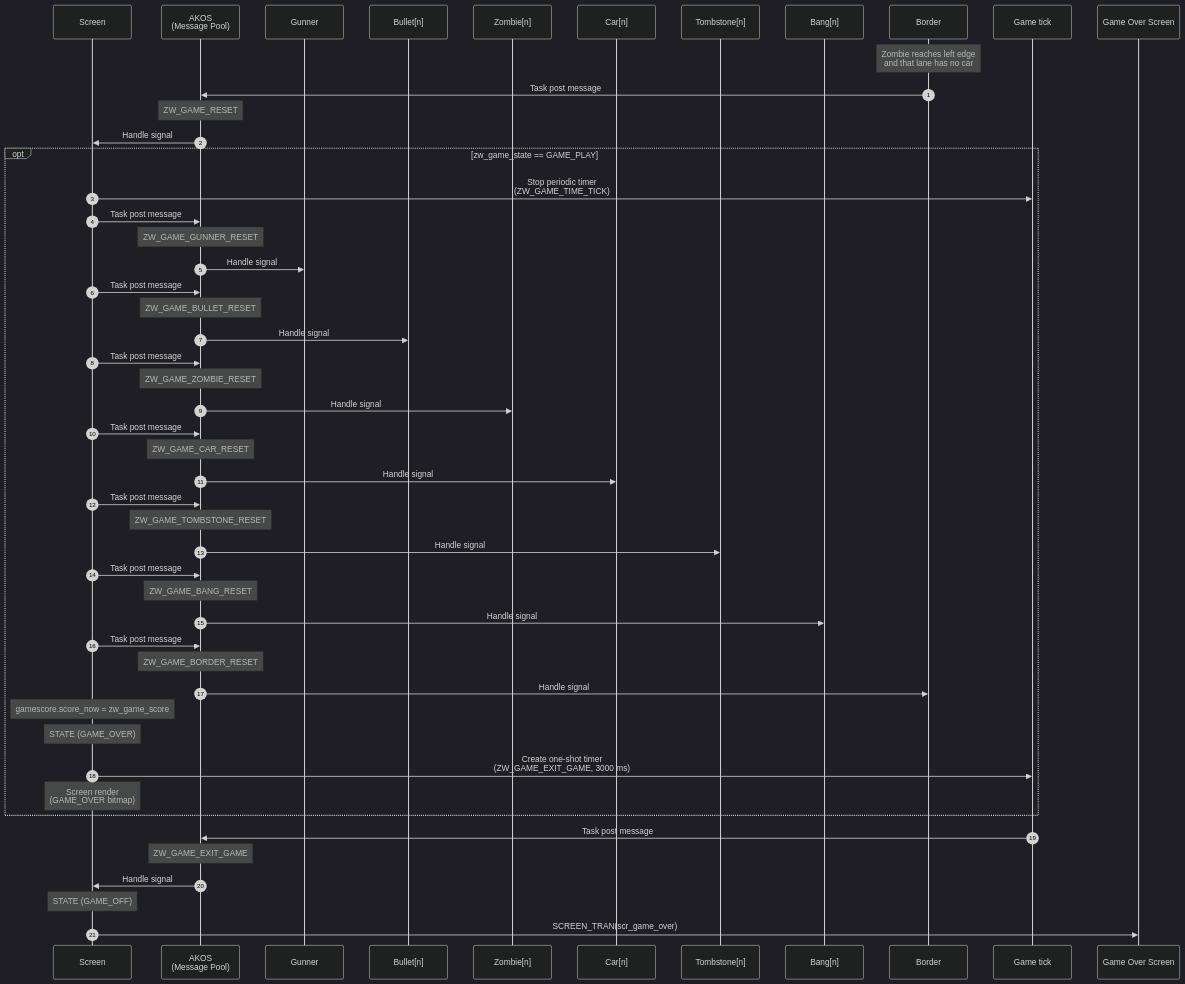
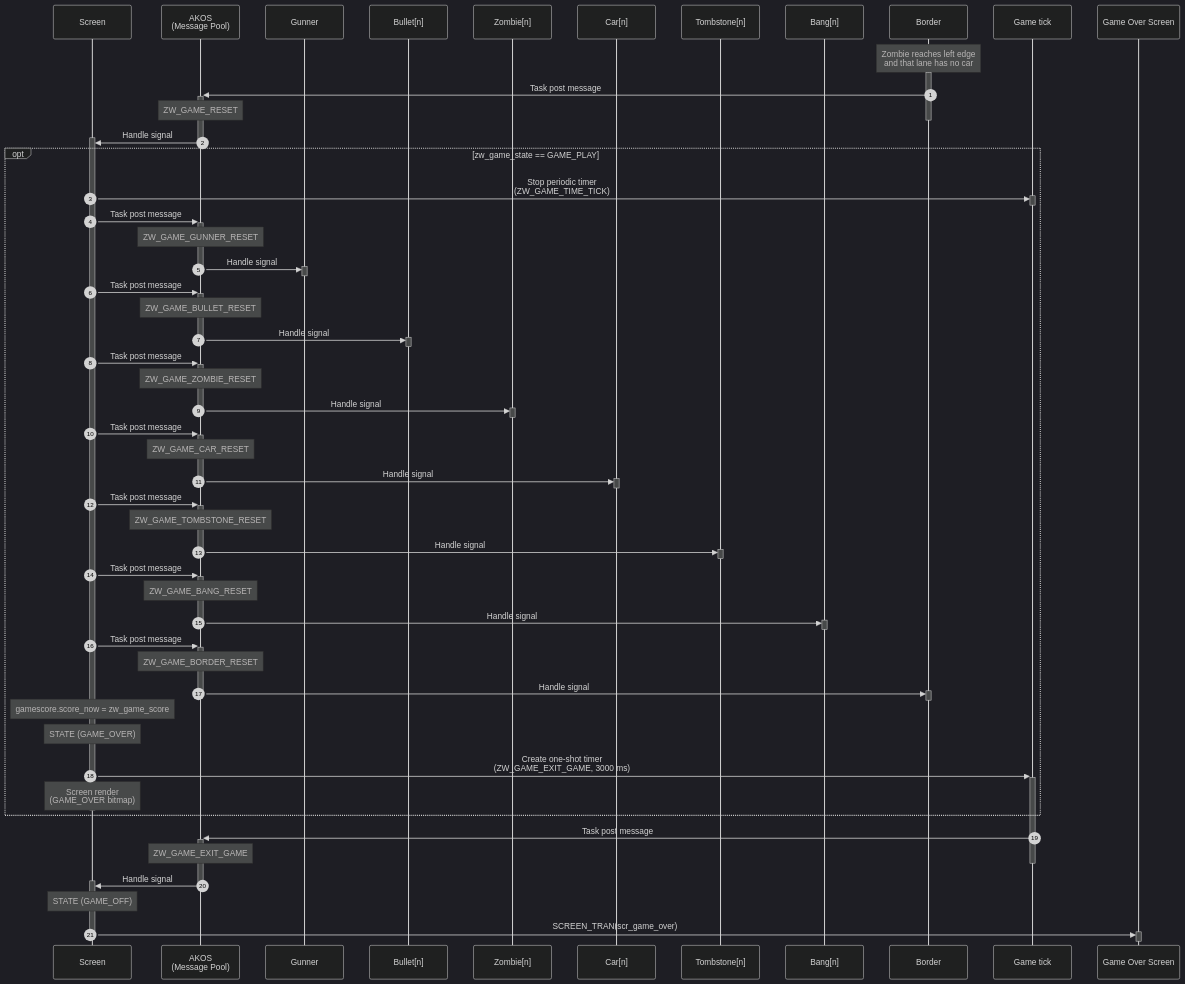
One commit to caotrongphuoc/mini-clock changed the diagram in docs/runtime_signal_processing.md. Above: the diagram before and after it, drawn with Mermaid (dark theme).

Commit message:
[UPDATE] runtime_signal_processing.md

````diff
--- a/docs/runtime_signal_processing.md
+++ b/docs/runtime_signal_processing.md
@@ -76,50 +76,73 @@
     participant GameOver as Game Over Screen
 
     Note over Border: Zombie reaches left edge<br/>and that lane has no car
-    Border->>AKOS: Task post message
+    activate Border
+    Border->>+AKOS: Task post message
     Note over AKOS: ZW_GAME_RESET
-    AKOS->>Screen: Handle signal
+    deactivate Border
+    AKOS->>+Screen: Handle signal
+    deactivate AKOS
 
     opt zw_game_state == GAME_PLAY
-        Screen->>Tick: Stop periodic timer<br/>(ZW_GAME_TIME_TICK)
+        Screen->>+Tick: Stop periodic timer<br/>(ZW_GAME_TIME_TICK)
+        deactivate Tick
 
-        Screen->>AKOS: Task post message
+        Screen->>+AKOS: Task post message
         Note over AKOS: ZW_GAME_GUNNER_RESET
-        AKOS->>Gunner: Handle signal
+        AKOS->>+Gunner: Handle signal
+        deactivate AKOS
+        deactivate Gunner
 
-        Screen->>AKOS: Task post message
+        Screen->>+AKOS: Task post message
         Note over AKOS: ZW_GAME_BULLET_RESET
-        AKOS->>Bullet: Handle signal
+        AKOS->>+Bullet: Handle signal
+        deactivate AKOS
+        deactivate Bullet
 
-        Screen->>AKOS: Task post message
+        Screen->>+AKOS: Task post message
         Note over AKOS: ZW_GAME_ZOMBIE_RESET
-        AKOS->>Zombie: Handle signal
+        AKOS->>+Zombie: Handle signal
+        deactivate AKOS
+        deactivate Zombie
 
-        Screen->>AKOS: Task post message
+        Screen->>+AKOS: Task post message
         Note over AKOS: ZW_GAME_CAR_RESET
-        AKOS->>Car: Handle signal
+        AKOS->>+Car: Handle signal
+        deactivate AKOS
+        deactivate Car
 
-        Screen->>AKOS: Task post message
+        Screen->>+AKOS: Task post message
         Note over AKOS: ZW_GAME_TOMBSTONE_RESET
-        AKOS->>Tombstone: Handle signal
+        AKOS->>+Tombstone: Handle signal
+        deactivate AKOS
+        deactivate Tombstone
 
-        Screen->>AKOS: Task post message
+        Screen->>+AKOS: Task post message
         Note over AKOS: ZW_GAME_BANG_RESET
-        AKOS->>Bang: Handle signal
+        AKOS->>+Bang: Handle signal
+        deactivate AKOS
+        deactivate Bang
 
-        Screen->>AKOS: Task post message
+        Screen->>+AKOS: Task post message
         Note over AKOS: ZW_GAME_BORDER_RESET
-        AKOS->>Border: Handle signal
+        AKOS->>+Border: Handle signal
+        deactivate AKOS
+        deactivate Border
 
         Note over Screen: gamescore.score_now = zw_game_score
         Note over Screen: STATE (GAME_OVER)
-        Screen->>Tick: Create one-shot timer<br/>(ZW_GAME_EXIT_GAME, 3000 ms)
+        Screen->>+Tick: Create one-shot timer<br/>(ZW_GAME_EXIT_GAME, 3000 ms)
         Note over Screen: Screen render<br/>(GAME_OVER bitmap)
+        deactivate Screen
     end
 
-    Tick->>AKOS: Task post message
+    Tick->>+AKOS: Task post message
     Note over AKOS: ZW_GAME_EXIT_GAME
-    AKOS->>Screen: Handle signal
+    deactivate Tick
+    AKOS->>+Screen: Handle signal
+    deactivate AKOS
     Note over Screen: STATE (GAME_OFF)
-    Screen->>GameOver: SCREEN_TRAN(scr_game_over)
+    Screen->>+GameOver: SCREEN_TRAN(scr_game_over)
+    deactivate Screen
+    deactivate GameOver
 ```
````
